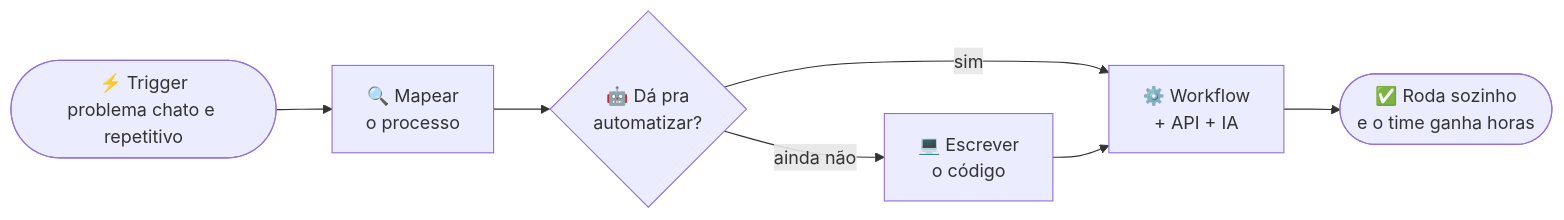
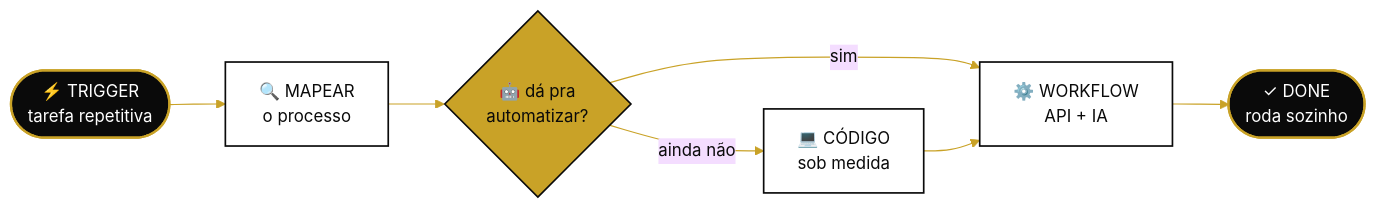
One commit to CauaVitorDev/CauaVitorDev changed the diagram in README.md. Above: the diagram before and after it, drawn with Mermaid. The commit also changed other lines of this file and 12 other files, not shown here.

````diff
--- a/README.md
+++ b/README.md
@@ -9,9 +13,13 @@
 ```mermaid
+%%{init: {'theme':'base','themeVariables':{'fontFamily':'Segoe UI, Helvetica, Arial','fontSize':'15px','lineColor':'#C9A227','primaryTextColor':'#0A0A0A'}}}%%
 flowchart LR
-    T(["⚡ Trigger<br/>problema chato e repetitivo"]) --> M["🔍 Mapear<br/>o processo"]
-    M --> D{"🤖 Dá pra<br/>automatizar?"}
-    D -- sim --> W["⚙️ Workflow<br/>+ API + IA"]
-    D -- ainda não --> C["💻 Escrever<br/>o código"]
+    T(["⚡ TRIGGER<br/>tarefa repetitiva"]):::dark --> M["🔍 MAPEAR<br/>o processo"]:::light
+    M --> D{"🤖 dá pra<br/>automatizar?"}:::gold
+    D -- sim --> W["⚙️ WORKFLOW<br/>API + IA"]:::light
+    D -- ainda não --> C["💻 CÓDIGO<br/>sob medida"]:::light
     C --> W
-    W --> R(["✅ Roda sozinho<br/>e o time ganha horas"])
+    W --> R(["✓ DONE<br/>roda sozinho"]):::dark
+    classDef dark fill:#0A0A0A,stroke:#C9A227,stroke-width:2px,color:#FFFFFF
+    classDef light fill:#FFFFFF,stroke:#0A0A0A,stroke-width:1.5px,color:#0A0A0A
+    classDef gold fill:#C9A227,stroke:#0A0A0A,stroke-width:1.5px,color:#0A0A0A
 ```
````
